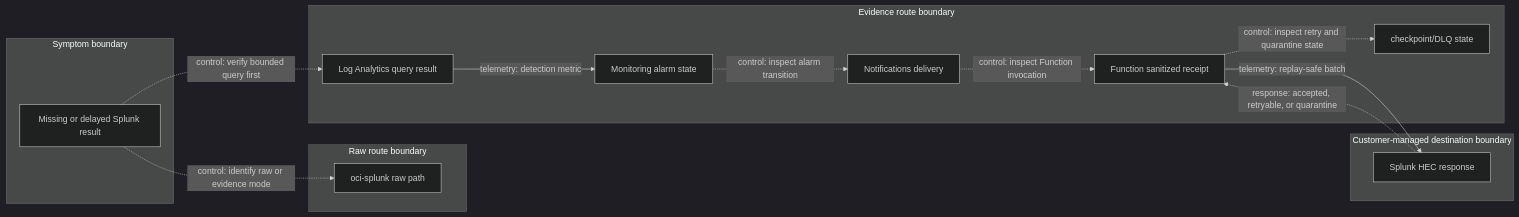
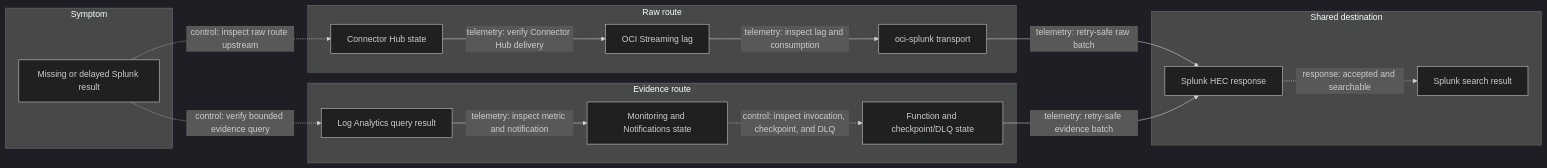
Before and after one commit to adibirzu/oci-log-analytics-detections: the diagram in docs/diagrams/logan-splunk-troubleshooting.mmd, drawn with Mermaid (dark theme). The commit also changed 10 other files, not shown here.

Commit message:
fix: correct Splunk workflow topology

```diff
--- a/docs/diagrams/logan-splunk-troubleshooting.mmd
+++ b/docs/diagrams/logan-splunk-troubleshooting.mmd
@@ -1,28 +1,30 @@
-%% Title: Boundary-first troubleshooting workflow
+%% Title: Boundary-first raw and evidence troubleshooting workflow
 %% Evidence: code-backed failure contracts and operator checks; provider verified = false; release accepted = false
-%% Primary objects: 8
+%% Primary objects: 9
 flowchart LR
-  subgraph TRIAGE["Symptom boundary"]
+  subgraph TRIAGE["Symptom"]
     symptom["Missing or delayed Splunk result"]
   end
-  subgraph RAW["Raw route boundary"]
-    oci_splunk["oci-splunk raw path"]
+  subgraph RAW["Raw route"]
+    connector["Connector Hub state"]
+    streaming["OCI Streaming lag"]
+    oci_splunk["oci-splunk transport"]
   end
-  subgraph OCI["Evidence route boundary"]
+  subgraph EVIDENCE["Evidence route"]
     logan["Log Analytics query result"]
-    monitoring["Monitoring alarm state"]
-    notifications["Notifications delivery"]
-    function["Function sanitized receipt"]
-    state["checkpoint/DLQ state"]
+    trigger["Monitoring and Notifications state"]
+    function_state["Function and checkpoint/DLQ state"]
   end
-  subgraph DEST["Customer-managed destination boundary"]
+  subgraph DEST["Shared destination"]
     hec["Splunk HEC response"]
+    search["Splunk search result"]
   end
-  symptom -.->|"control: identify raw or evidence mode"| oci_splunk
-  symptom -.->|"control: verify bounded query first"| logan
-  logan -->|"telemetry: detection metric"| monitoring
-  monitoring -.->|"control: inspect alarm transition"| notifications
-  notifications -.->|"control: inspect Function invocation"| function
-  function -.->|"control: inspect retry and quarantine state"| state
-  function -->|"telemetry: replay-safe batch"| hec
-  hec -.->|"response: accepted, retryable, or quarantine"| function
+  symptom -.->|"control: inspect raw route upstream"| connector
+  connector -->|"telemetry: verify Connector Hub delivery"| streaming
+  streaming -->|"telemetry: inspect lag and consumption"| oci_splunk
+  oci_splunk -->|"telemetry: retry-safe raw batch"| hec
+  symptom -.->|"control: verify bounded evidence query"| logan
+  logan -->|"telemetry: inspect metric and notification"| trigger
+  trigger -.->|"control: inspect invocation, checkpoint, and DLQ"| function_state
+  function_state -->|"telemetry: retry-safe evidence batch"| hec
+  hec -.->|"response: accepted and searchable"| search
```
